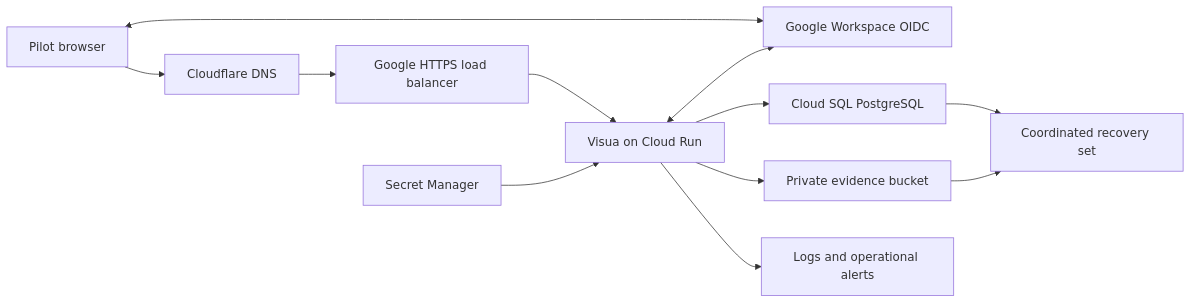
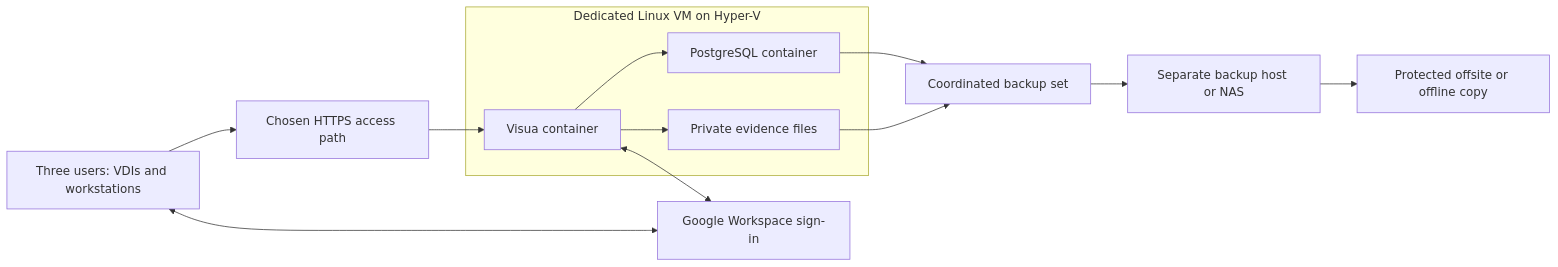
Before and after one commit to xtksystems/visua: the diagram in docs/live-deployment-plan.md, drawn with Mermaid. The commit also changed other lines of this file and 12 other files, not shown here.

````diff
--- a/docs/live-deployment-plan.md
+++ b/docs/live-deployment-plan.md
@@ -39,14 +42,15 @@
 ```mermaid
 flowchart LR
-    U[Pilot browser] --> D[Cloudflare DNS]
-    D --> L[Google HTTPS load balancer]
-    L --> A[Visua on Cloud Run]
-    U <--> I[Google Workspace OIDC]
-    A <--> I
-    A --> P[Cloud SQL PostgreSQL]
-    A --> B[Private evidence bucket]
-    S[Secret Manager] --> A
-    A --> M[Logs and operational alerts]
-    P --> R[Coordinated recovery set]
-    B --> R
+    U[Three users: VDIs and workstations] --> E[Chosen HTTPS access path]
+    E --> A[Visua container]
+    U <--> G[Google Workspace sign-in]
+    A <--> G
+    subgraph V[Dedicated Linux VM on Hyper-V]
+        A --> P[PostgreSQL container]
+        A --> F[Private evidence files]
+    end
+    P --> B[Coordinated backup set]
+    F --> B
+    B --> R[Separate backup host or NAS]
+    R --> O[Protected offsite or offline copy]
 ```
````
